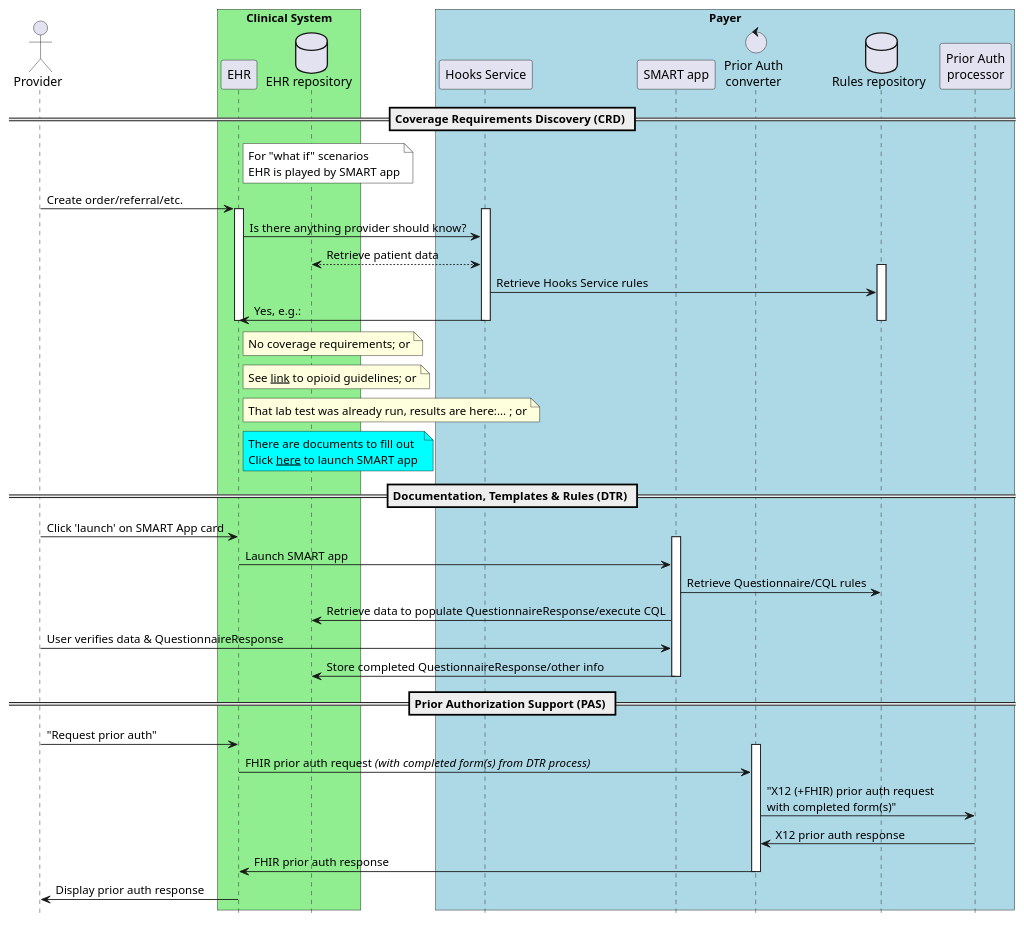
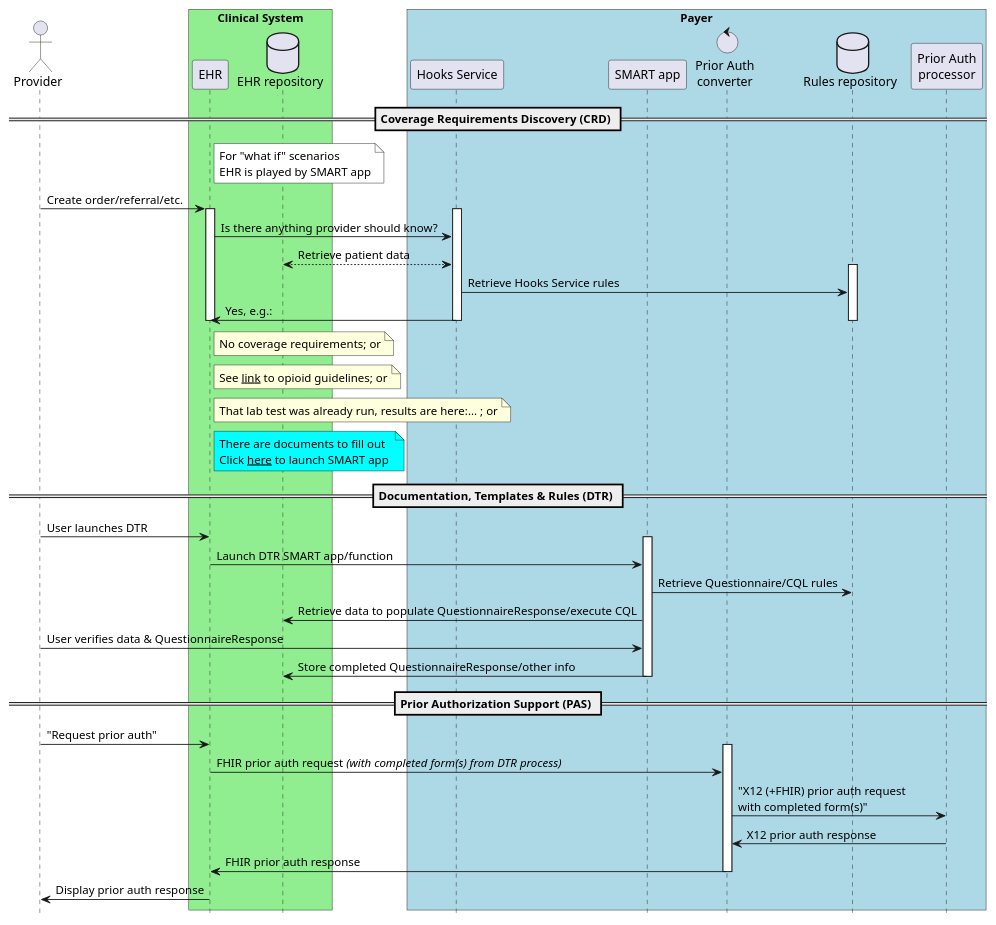
Before and after one commit to HL7/ig-template-davinci: the diagram in images-source/burdenReduction.plantuml, drawn with PlantUML.

```diff
--- a/images-source/burdenReduction.plantuml
+++ b/images-source/burdenReduction.plantuml
@@ -1,58 +1,58 @@
 @startuml
 hide footbox
 actor "Provider"
 box "Clinical System" #LightGreen
   participant EHR
   database "EHR repository"
 end box
 box "Payer" #LightBlue
   participant "Hooks Service"
   participant "SMART app"
   control converter as "Prior Auth\nconverter"
   database "Rules repository"
   participant processor as "Prior Auth\nprocessor"
 end box
 
 == Coverage Requirements Discovery (CRD) ==
 
 note right of EHR #white
   For "what if" scenarios
   EHR is played by SMART app
 end note
 "Provider" -> "EHR" : Create order/referral/etc.
 Activate EHR
 Activate "Hooks Service"
   "EHR" -> "Hooks Service" : Is there anything provider should know? 
   "Hooks Service" <--> "EHR repository" : Retrieve patient data
 Activate "Rules repository"
    "Hooks Service" -> "Rules repository" : Retrieve Hooks Service rules
   "EHR" <- "Hooks Service" : Yes, e.g.:
 Deactivate "Rules repository"  
 Deactivate "Hooks Service"
   note right of EHR: No coverage requirements; or
   note right of EHR: See __link__ to opioid guidelines; or
   note right of EHR: That lab test was already run, results are here:... ; or
   note right of EHR #aqua
     There are documents to fill out
     Click __here__ to launch SMART app 
   end note
 Deactivate EHR
 == Documentation, Templates & Rules (DTR) ==
-"Provider" -> "EHR": Click 'launch' on SMART App card
+"Provider" -> "EHR": User launches DTR
 Activate "SMART app"
-  "EHR" -> "SMART app": Launch SMART app
+  "EHR" -> "SMART app": Launch DTR SMART app/function
   "SMART app" -> "Rules repository": Retrieve Questionnaire/CQL rules
   "SMART app" -> "EHR repository": Retrieve data to populate QuestionnaireResponse/execute CQL
   "SMART app" <- "Provider": User verifies data & QuestionnaireResponse
   "SMART app" -> "EHR repository": Store completed QuestionnaireResponse/other info
 Deactivate "SMART app"
 == Prior Authorization Support (PAS) ==
 Provider -> EHR: "Request prior auth"
 Activate converter
   EHR -> converter: FHIR prior auth request //(with completed form(s) from DTR process)//
   converter -> processor: "X12 (+FHIR) prior auth request\nwith completed form(s)"
   processor -> converter: X12 prior auth response
   converter -> EHR: FHIR prior auth response
 Deactivate converter
 EHR -> Provider: Display prior auth response
 @enduml
```
